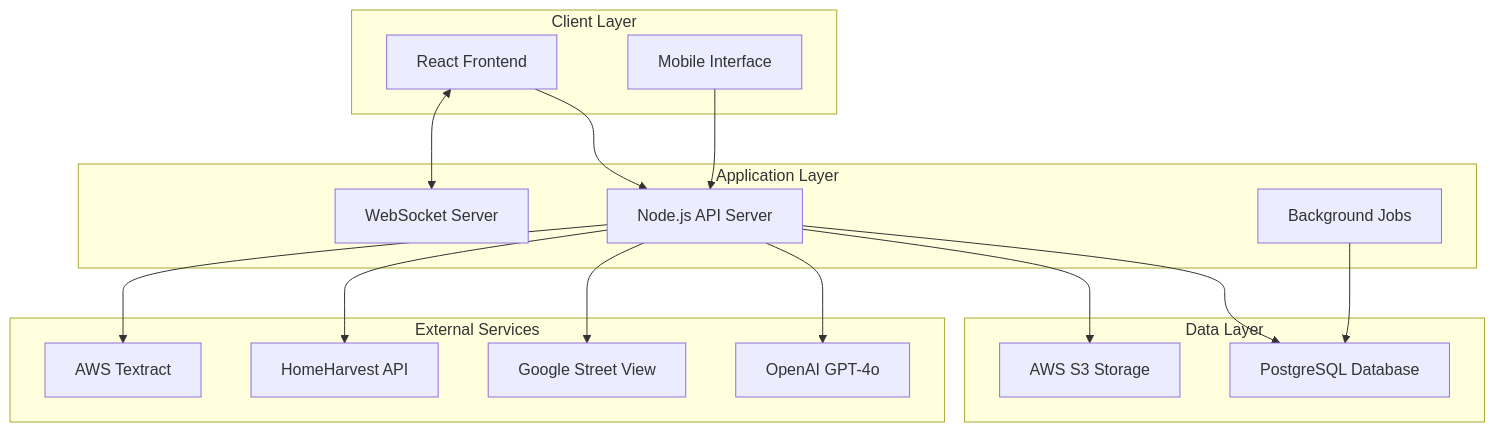
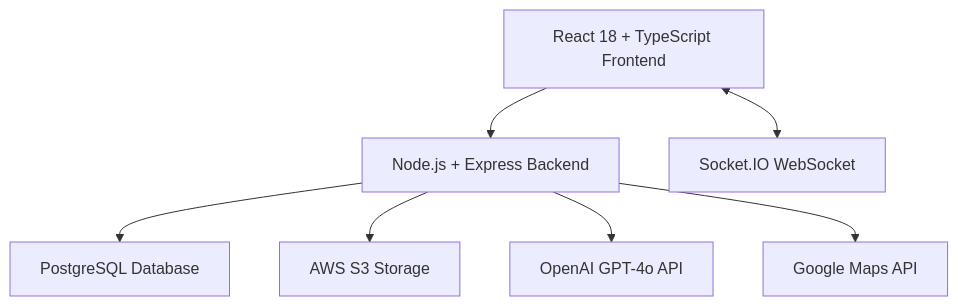
One commit to mbzesq/loanvision changed the diagram in USER_GUIDE.md. Above: the diagram before and after it, drawn with Mermaid. The commit also changed other lines of this file, not shown here.

````diff
--- a/USER_GUIDE.md
+++ b/USER_GUIDE.md
@@ -46,36 +61,9 @@
 ```mermaid
 graph TB
-    subgraph "Client Layer"
-        A[React Frontend]
-        B[Mobile Interface]
-    end
-    
-    subgraph "Application Layer"
-        C[Node.js API Server]
-        D[WebSocket Server]
-        E[Background Jobs]
-    end
-    
-    subgraph "Data Layer"
-        F[PostgreSQL Database]
-        G[AWS S3 Storage]
-    end
-    
-    subgraph "External Services"
-        H[OpenAI GPT-4o]
-        I[Google Street View]
-        J[HomeHarvest API]
-        K[AWS Textract]
-    end
-    
-    A --> C
-    B --> C
-    A <--> D
-    C --> F
-    C --> G
-    C --> H
-    C --> I
-    C --> J
-    C --> K
-    E --> F
+    A[React 18 + TypeScript Frontend] --> B[Node.js + Express Backend]
+    B --> C[PostgreSQL Database]
+    B --> D[AWS S3 Storage]
+    A <--> E[Socket.IO WebSocket]
+    B --> F[OpenAI GPT-4o API]
+    B --> G[Google Maps API]
 ```
````
